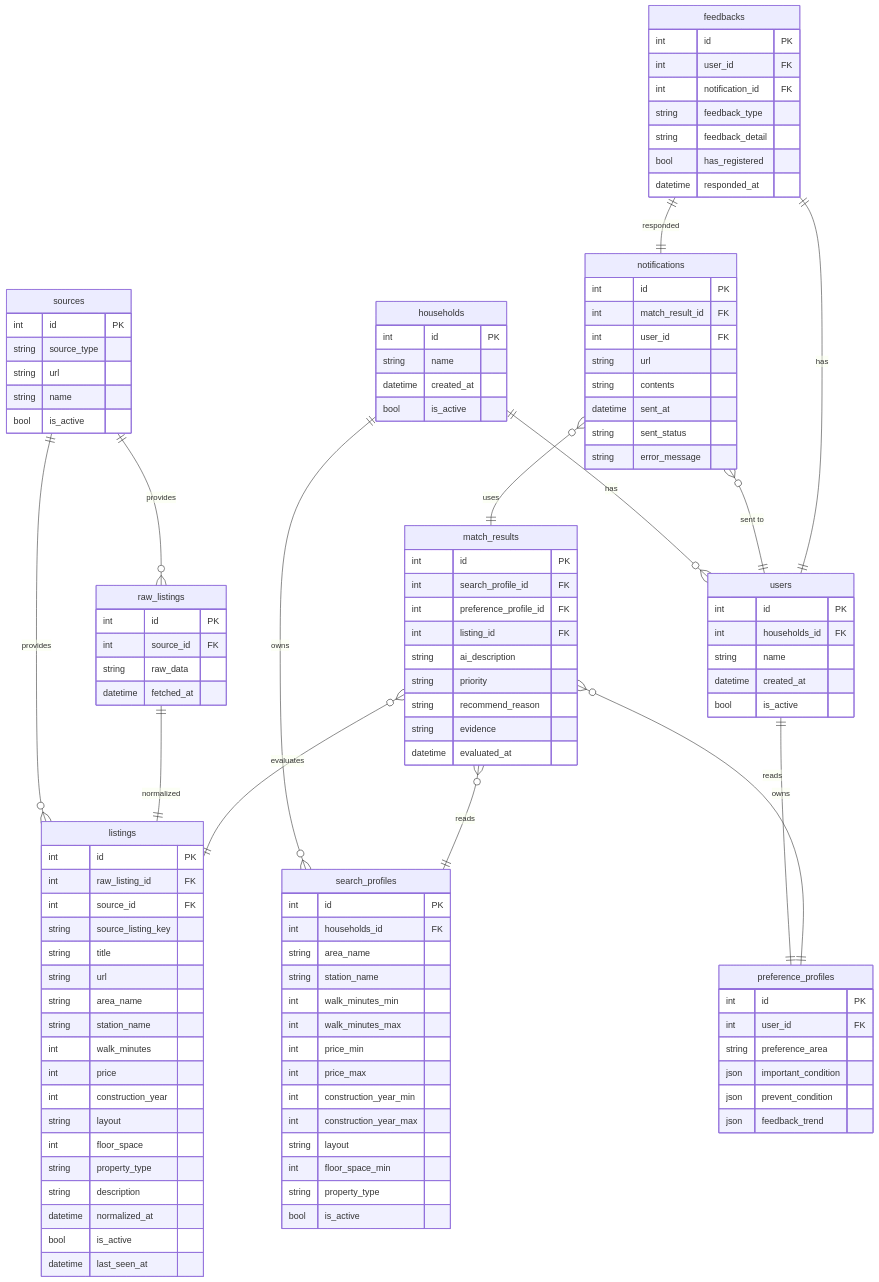
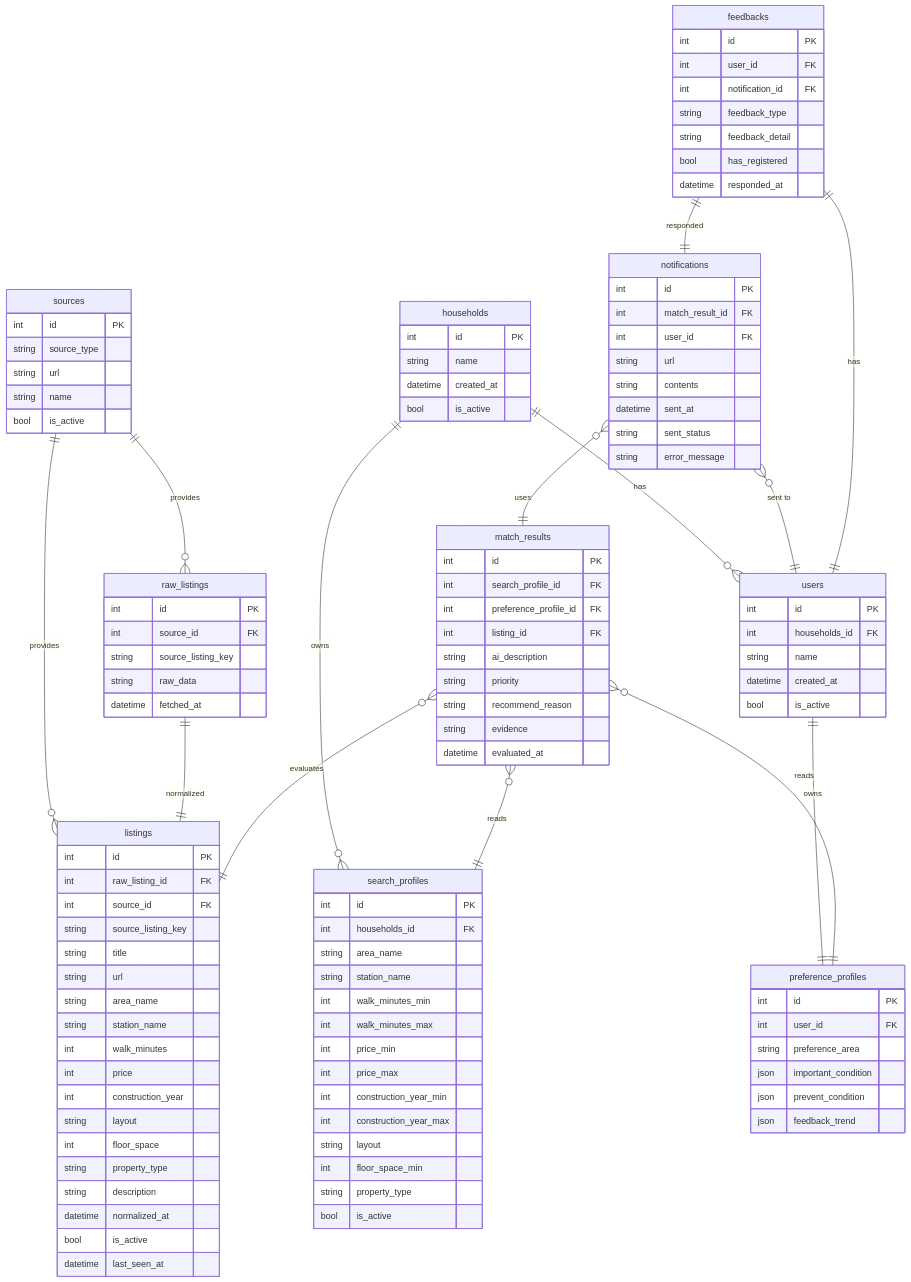
Before and after one commit to Ryota-Matsuda/HouseParchaseConcergeBot: the diagram in docs/data-model.md, drawn with Mermaid. The commit also changed other lines of this file and 4 other files, not shown here.

```diff
--- a/docs/data-model.md
+++ b/docs/data-model.md
@@ -145,6 +145,7 @@
     raw_listings{
         int id PK
         int source_id FK
+        string source_listing_key
         string raw_data
         datetime fetched_at
     }
```
